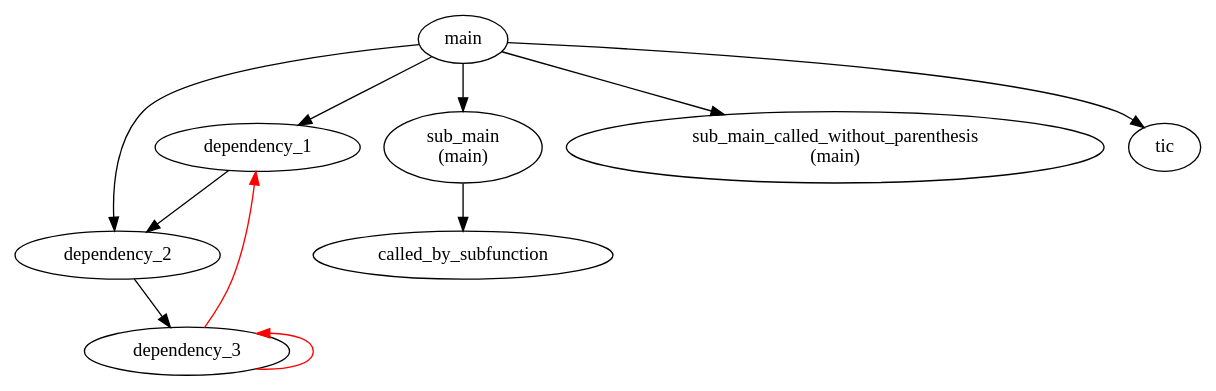
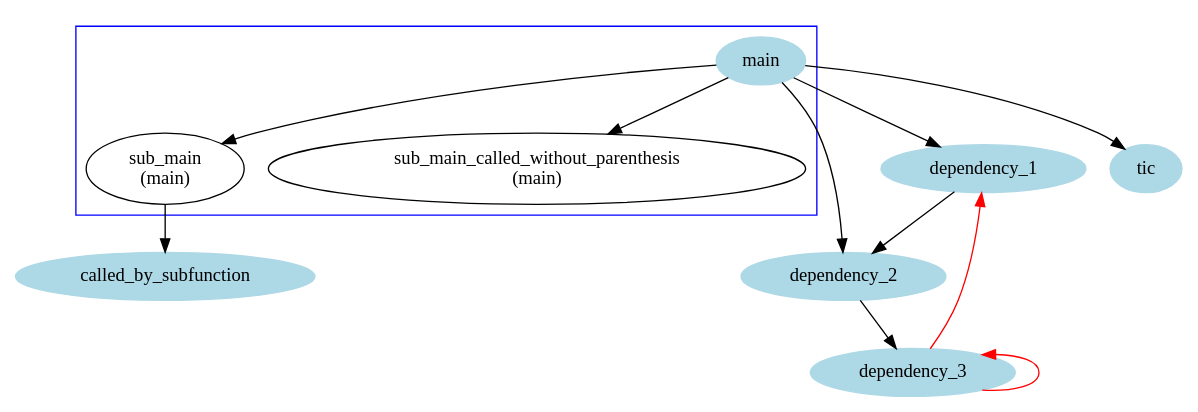
The diagram in readme_figures/readme_fig2.dot (KaeroDot/mDepGen), drawn with Graphviz before and after one commit. The commit also changed 23 other files, not shown here.

```diff
--- a/readme_figures/readme_fig2.dot
+++ b/readme_figures/readme_fig2.dot
@@ -1,14 +1,30 @@
 /* Generated by mDepGen */
 digraph dep {
 node [shape = oval];
+/* start of shape definitions */
+"main" [color=lightblue, style=filled];
+"dependency_1" [color=lightblue, style=filled];
+"dependency_2" [color=lightblue, style=filled];
+"dependency_3" [color=lightblue, style=filled];
+"called_by_subfunction" [color=lightblue, style=filled];
+"tic" [color=lightblue, style=filled];
+/* end of shape definitions */
+/* start of subgraph definitions */
+subgraph cluster005 {
+color=blue;
+    "main";
+    "sub_main\n (main)";
+    "sub_main_called_without_parenthesis\n (main)";
+}
+/* end of subgraph definitions */
 "main" -> "dependency_1" ;
 "dependency_1" -> "dependency_2" ;
 "dependency_2" -> "dependency_3" ;
 "dependency_3" -> "dependency_1"  [color=red];
 "dependency_3" -> "dependency_3"  [color=red dir=back];
 "main" -> "dependency_2" ;
 "main" -> "sub_main\n (main)" ;
 "sub_main\n (main)" -> "called_by_subfunction" ;
 "main" -> "sub_main_called_without_parenthesis\n (main)" ;
 "main" -> "tic" ;
 }
```
